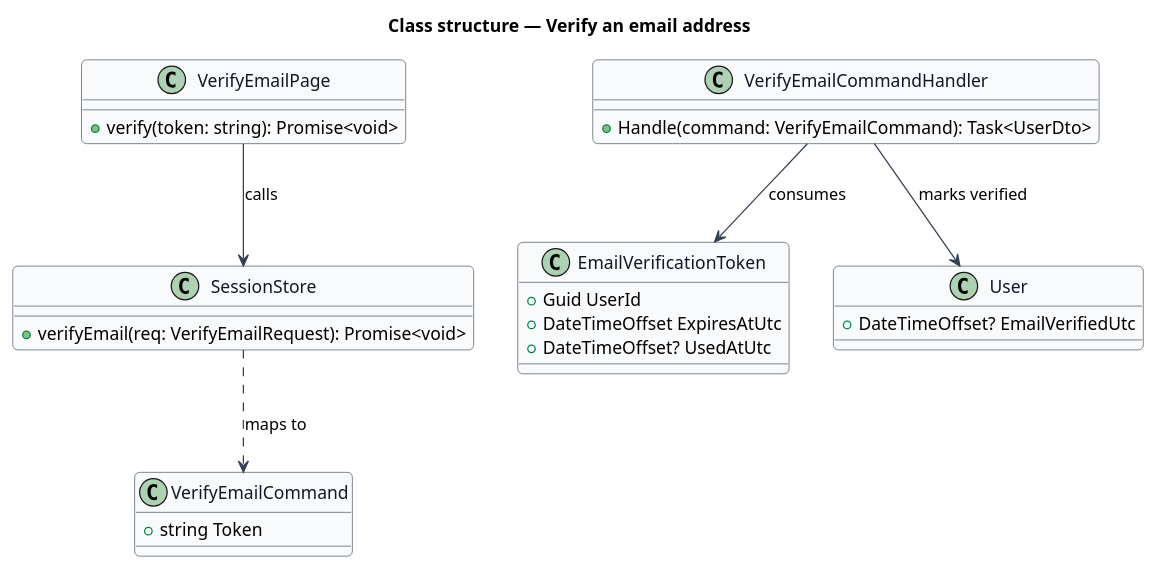
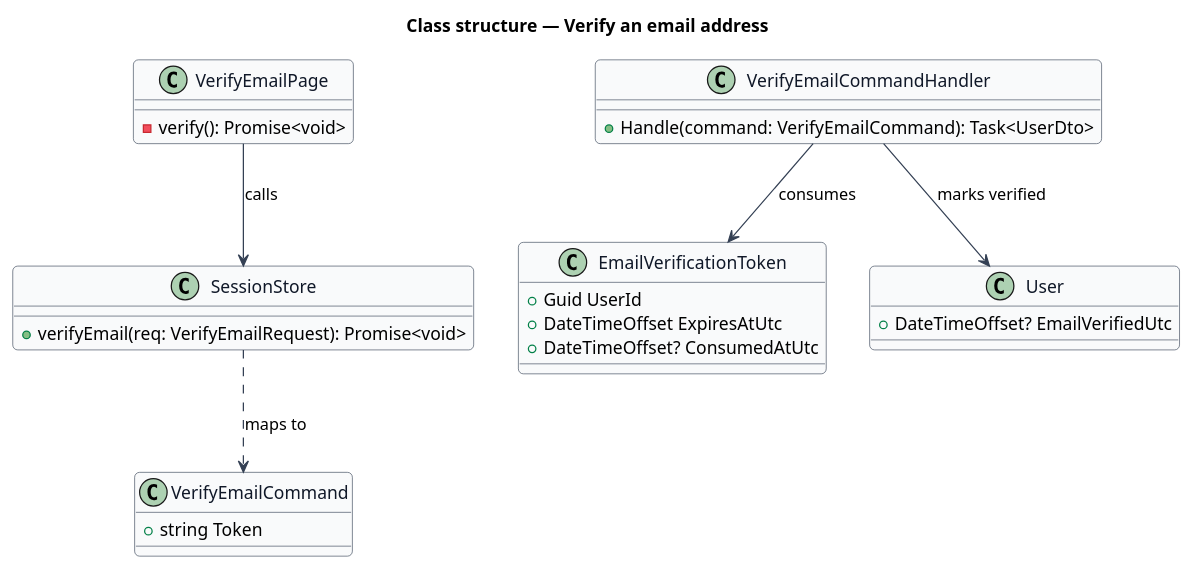
One commit to QuinntyneBrown/saturdaze changed the diagram in docs/detailed-designs/identity-and-access/verify-email/diagrams/class-structure.puml. Above: the diagram before and after it, drawn with PlantUML. The commit also changed 208 other files, not shown here.

```diff
--- a/docs/detailed-designs/identity-and-access/verify-email/diagrams/class-structure.puml
+++ b/docs/detailed-designs/identity-and-access/verify-email/diagrams/class-structure.puml
@@ -1,38 +1,38 @@
 @startuml
 skinparam backgroundColor #FFFFFF
 skinparam shadowing false
 skinparam roundcorner 8
 skinparam defaultFontName Arial
 skinparam ArrowColor #344054
 skinparam class {
   BorderColor #344054
   FontColor #101828
   BackgroundColor #F9FAFB
 }
 title Class structure — Verify an email address
 
 class VerifyEmailPage {
-  +verify(token: string): Promise<void>
+  -verify(): Promise<void>
 }
 class SessionStore {
   +verifyEmail(req: VerifyEmailRequest): Promise<void>
 }
 class VerifyEmailCommand {
   +string Token
 }
 class VerifyEmailCommandHandler {
   +Handle(command: VerifyEmailCommand): Task<UserDto>
 }
 class EmailVerificationToken {
   +Guid UserId
   +DateTimeOffset ExpiresAtUtc
-  +DateTimeOffset? UsedAtUtc
+  +DateTimeOffset? ConsumedAtUtc
 }
 class User {
   +DateTimeOffset? EmailVerifiedUtc
 }
 VerifyEmailPage --> SessionStore : calls
 SessionStore ..> VerifyEmailCommand : maps to
 VerifyEmailCommandHandler --> EmailVerificationToken : consumes
 VerifyEmailCommandHandler --> User : marks verified
 @enduml
```
